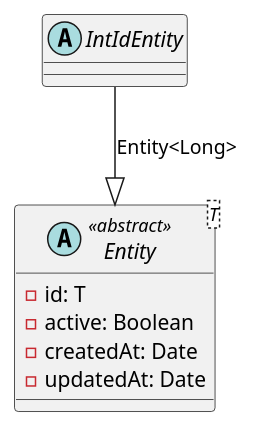
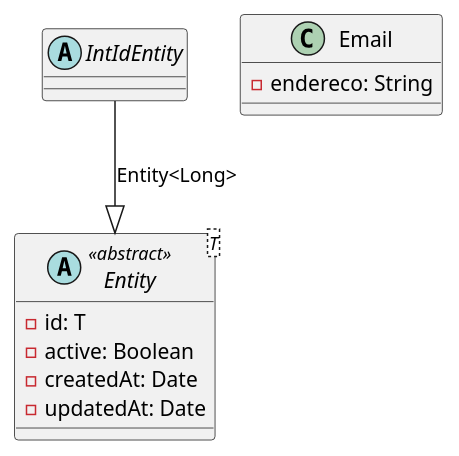
The diagram in docs/classes/core/shared/domain/main.puml (Wesley0010012/DSMA-Requisitos), drawn with PlantUML before and after one commit.

Commit message:
feat: define VO obrigatório para Email

```diff
--- a/docs/classes/core/shared/domain/main.puml
+++ b/docs/classes/core/shared/domain/main.puml
@@ -1,14 +1,18 @@
 @startuml "Domínio - Módulo Compartilhado"
 
 abstract class "Entity<T>" as EntityT <<abstract>> {
     - id: T
     - active: Boolean
     - createdAt: Date
     - updatedAt: Date
 }
 
 abstract class IntIdEntity
 
+class Email {
+    - endereco: String
+}
+
 IntIdEntity --|> EntityT : Entity<Long>
 
 @enduml
```
